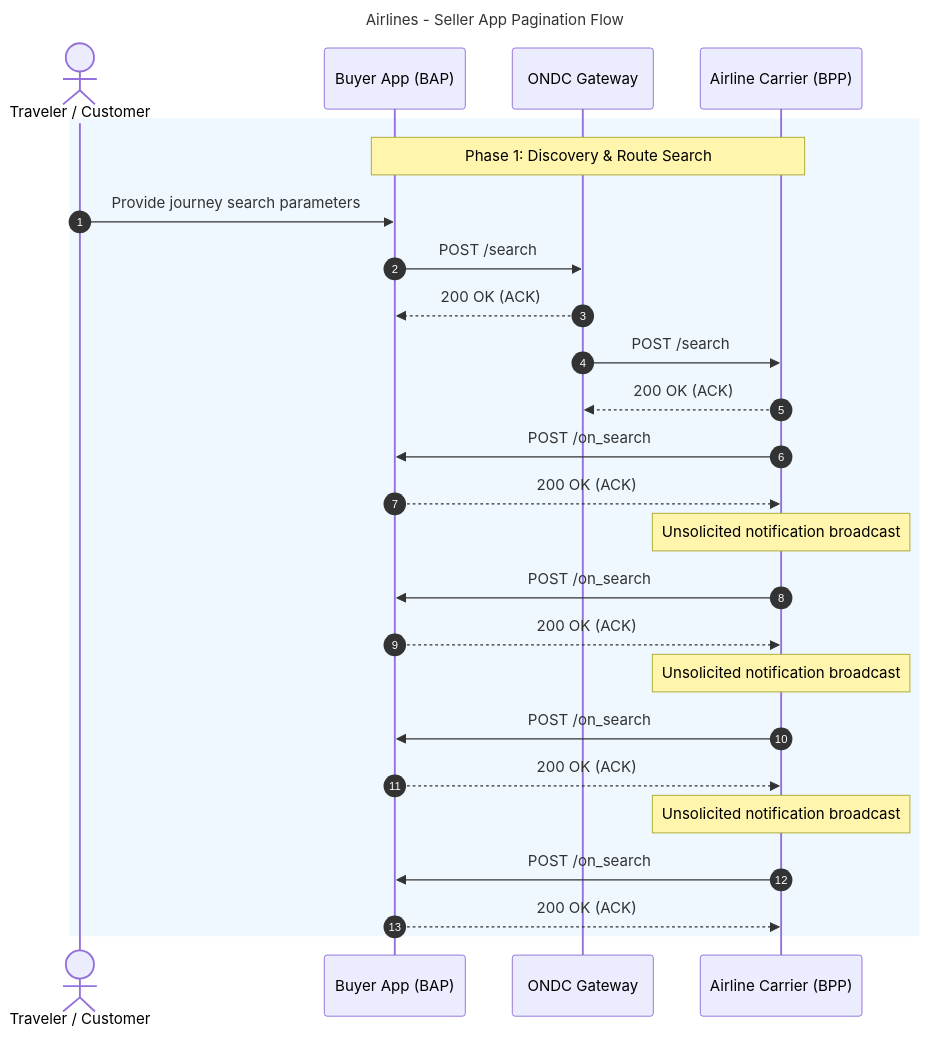
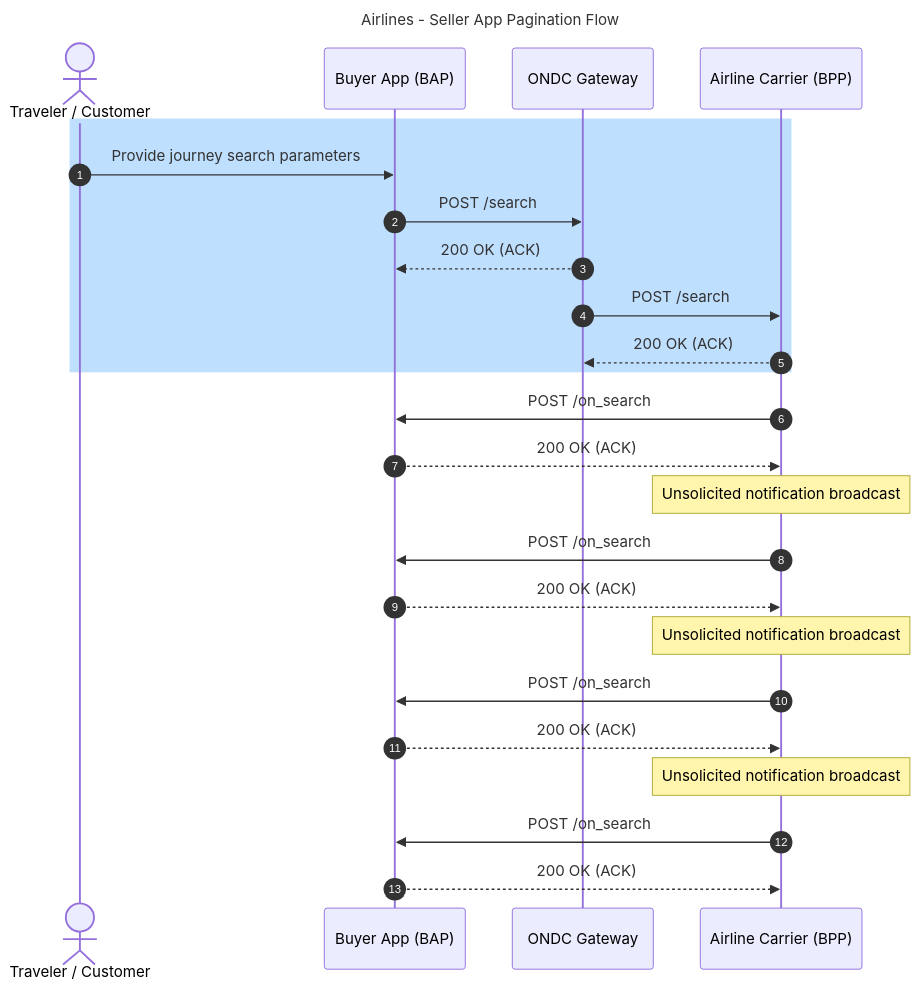
Before and after one commit to ONDC-Official/automation-specifications: the first of 5 diagrams in config/docs/airlines-seller-app-pagination-flow-sequence-diagrams.md, drawn with Mermaid. The commit also changed other lines of this file and 23 other files, not shown here.

````diff
--- a/config/docs/airlines-seller-app-pagination-flow-sequence-diagrams.md
+++ b/config/docs/airlines-seller-app-pagination-flow-sequence-diagrams.md
@@ -1,29 +13,28 @@
 ```mermaid
 sequenceDiagram
     title Airlines - Seller App Pagination Flow
     autonumber
     actor User as Traveler / Customer
     participant BAP as Buyer App (BAP)
     participant BG as ONDC Gateway
     participant BPP as Airline Carrier (BPP)
 
-    rect rgb(240, 248, 255)
-    Note over BAP,BPP: Phase 1: Discovery & Route Search
+    rect rgb(191, 223, 255)
     User->>BAP: Provide journey search parameters
     BAP->>BG: POST /search
     BG-->>BAP: 200 OK (ACK)
     BG->>BPP: POST /search
     BPP-->>BG: 200 OK (ACK)
+    end
     BPP->>BAP: POST /on_search
     BAP-->>BPP: 200 OK (ACK)
     Note over BPP: Unsolicited notification broadcast
     BPP->>BAP: POST /on_search
     BAP-->>BPP: 200 OK (ACK)
     Note over BPP: Unsolicited notification broadcast
     BPP->>BAP: POST /on_search
     BAP-->>BPP: 200 OK (ACK)
     Note over BPP: Unsolicited notification broadcast
     BPP->>BAP: POST /on_search
     BAP-->>BPP: 200 OK (ACK)
-    end
 ```
````
